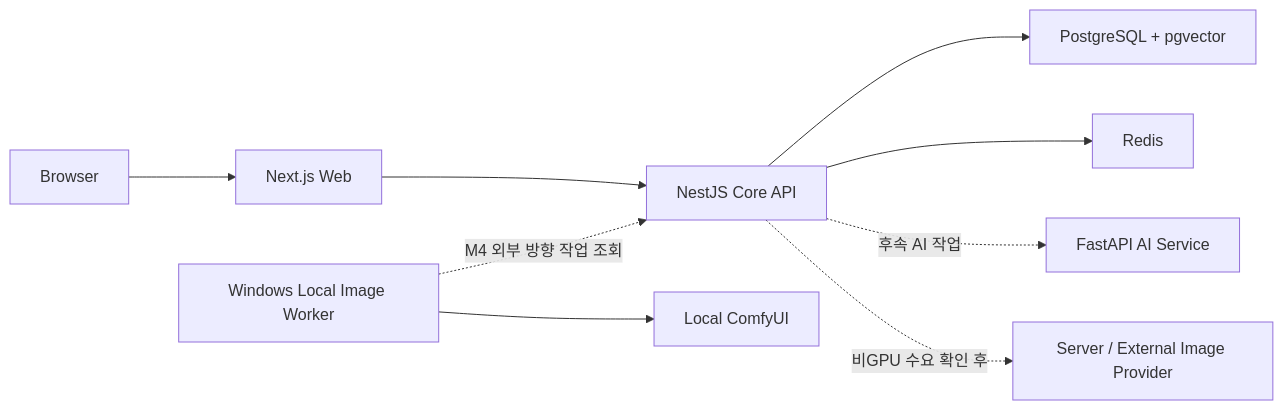
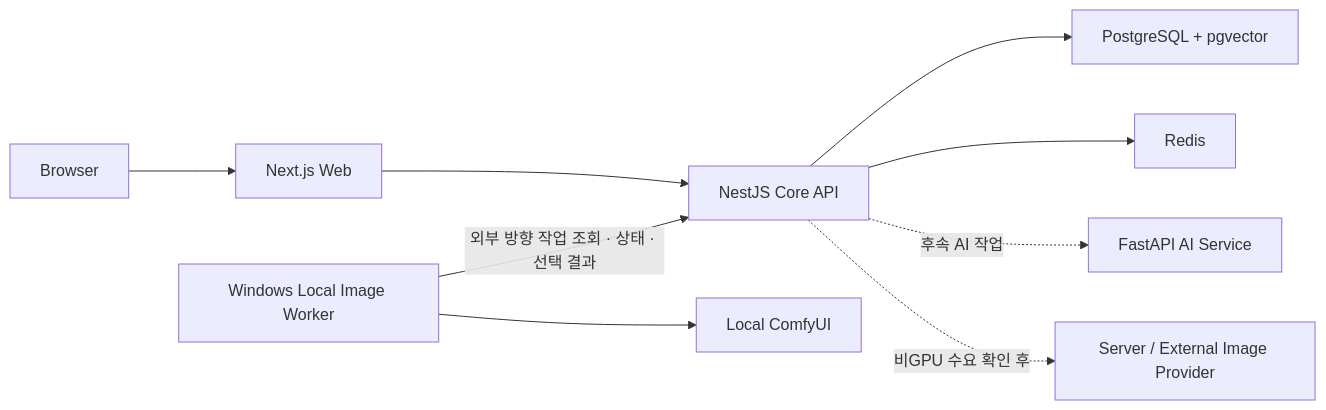
Before and after one commit to praymyk/qqup-showcase: the diagram in docs/architecture.md, drawn with Mermaid. The commit also changed other lines of this file and 1 other file, not shown here.

Commit message:
docs: sync image generation implementation status

````diff
--- a/docs/architecture.md
+++ b/docs/architecture.md
@@ -13,11 +13,11 @@
 ```mermaid
 flowchart LR
     CLIENT["Browser"] --> WEB["Next.js Web"]
     WEB --> API["NestJS Core API"]
     API --> DB["PostgreSQL + pgvector"]
     API --> CACHE["Redis"]
     API -. "후속 AI 작업" .-> AI["FastAPI AI Service"]
-    WORKER["Windows Local Image Worker"] -. "M4 외부 방향 작업 조회" .-> API
+    WORKER["Windows Local Image Worker"] -->|"외부 방향 작업 조회 · 상태 · 선택 결과"| API
     WORKER --> COMFY["Local ComfyUI"]
     API -. "비GPU 수요 확인 후" .-> PROVIDER["Server / External Image Provider"]
 ```
````
